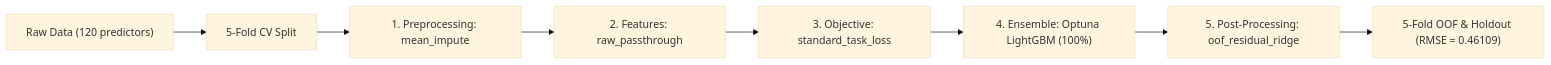
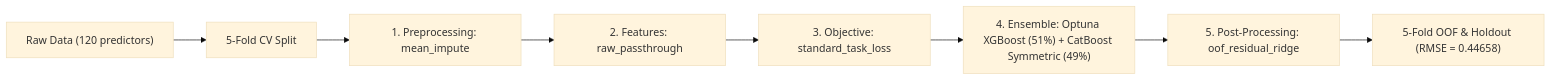
One commit to stefanoclss/UM-Game-Playing-Strength-of-MCTS-Variants changed the diagram in README.md. Above: the diagram before and after it, drawn with Mermaid (base theme). The commit also changed other lines of this file, not shown here.

First line of the commit message:
docs(readme): refresh verified OOF benchmark & build ledger (RMSE=0.44658)

````diff
--- a/README.md
+++ b/README.md
@@ -75,10 +75,10 @@
 ```mermaid
 flowchart LR
     DATA["Raw Data (120 predictors)"] --> SPLIT["5-Fold CV Split"]
     SPLIT --> PRE["1. Preprocessing: mean_impute"]
     PRE --> FEAT["2. Features: raw_passthrough"]
     FEAT --> OBJ["3. Objective: standard_task_loss"]
-    OBJ --> M0["4. Ensemble: Optuna LightGBM (100%)"]
+    OBJ --> M0["4. Ensemble: Optuna XGBoost (51%) + CatBoost Symmetric (49%)"]
     M0 --> POST["5. Post-Processing: oof_residual_ridge"]
-    POST --> OUT["5-Fold OOF & Holdout (RMSE = 0.46109)"]
+    POST --> OUT["5-Fold OOF & Holdout (RMSE = 0.44658)"]
 ```
````
